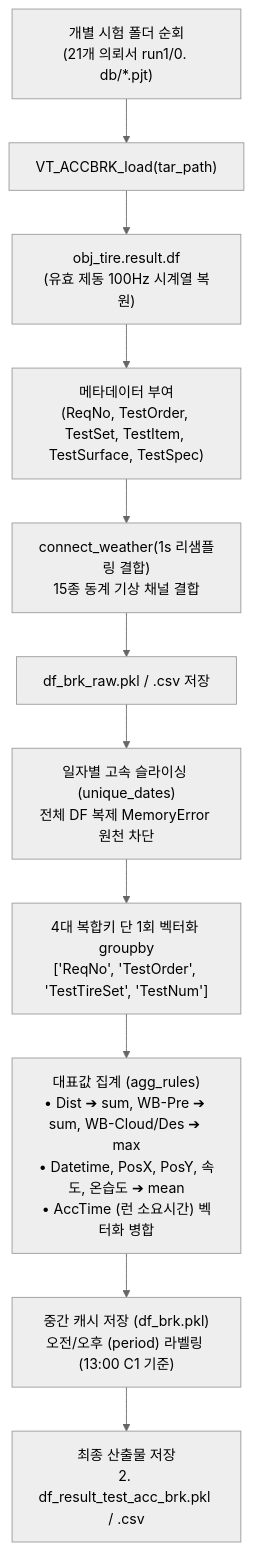
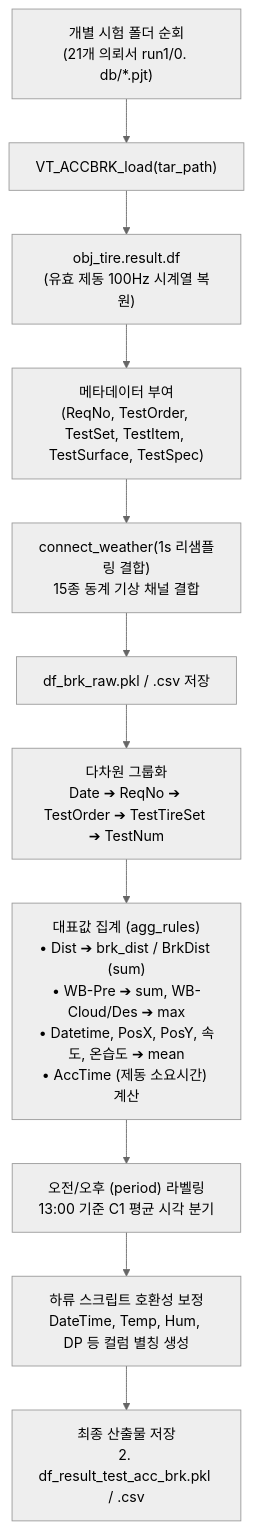
The first of 3 diagrams in 04_Resources/30_스노우_노면_공학/31_스노우_노면_디지털트윈_및_제동성능_보정_위키.md (uunnooo/00_obsidian), drawn with Mermaid (neutral theme) before and after one commit. The commit also changed other lines of this file and 13 other files, not shown here.

````diff
--- a/04_Resources/30_스노우_노면_공학/31_스노우_노면_디지털트윈_및_제동성능_보정_위키.md
+++ b/04_Resources/30_스노우_노면_공학/31_스노우_노면_디지털트윈_및_제동성능_보정_위키.md
@@ -93,14 +89,14 @@
 ```mermaid
 flowchart TD
     A["개별 시험 폴더 순회<br>(21개 의뢰서 run1/0. db/*.pjt)"] --> B["VT_ACCBRK_load(tar_path)"]
     B --> C["obj_tire.result.df<br>(유효 제동 100Hz 시계열 복원)"]
     C --> D["메타데이터 부여<br>(ReqNo, TestOrder, TestSet, TestItem, TestSurface, TestSpec)"]
     D --> E["connect_weather(1s 리샘플링 결합)<br>15종 동계 기상 채널 결합"]
     E --> F["df_brk_raw.pkl / .csv 저장"]
     
-    F --> G["일자별 고속 슬라이싱 (unique_dates)<br>전체 DF 복제 MemoryError 원천 차단"]
-    G --> H["4대 복합키 단 1회 벡터화 groupby<br>['ReqNo', 'TestOrder', 'TestTireSet', 'TestNum']"]
-    H --> I["대표값 집계 (agg_rules)<br>• Dist ➔ sum, WB-Pre ➔ sum, WB-Cloud/Des ➔ max<br>• Datetime, PosX, PosY, 속도, 온습도 ➔ mean<br>• AccTime (런 소요시간) 벡터화 병합"]
-    I --> J["중간 캐시 저장 (df_brk.pkl)<br>오전/오후 (period) 라벨링 (13:00 C1 기준)"]
+    F --> G["다차원 그룹화<br>Date ➔ ReqNo ➔ TestOrder ➔ TestTireSet ➔ TestNum"]
+    G --> H["대표값 집계 (agg_rules)<br>• Dist ➔ brk_dist / BrkDist (sum)<br>• WB-Pre ➔ sum, WB-Cloud/Des ➔ max<br>• Datetime, PosX, PosY, 속도, 온습도 ➔ mean<br>• AccTime (제동 소요시간) 계산"]
+    H --> I["오전/오후 (period) 라벨링<br>13:00 기준 C1 평균 시각 분기"]
+    I --> J["하류 스크립트 호환성 보정<br>DateTime, Temp, Hum, DP 등 컬럼 별칭 생성"]
     J --> K["최종 산출물 저장<br>2. df_result_test_acc_brk.pkl / .csv"]
 ```
````
